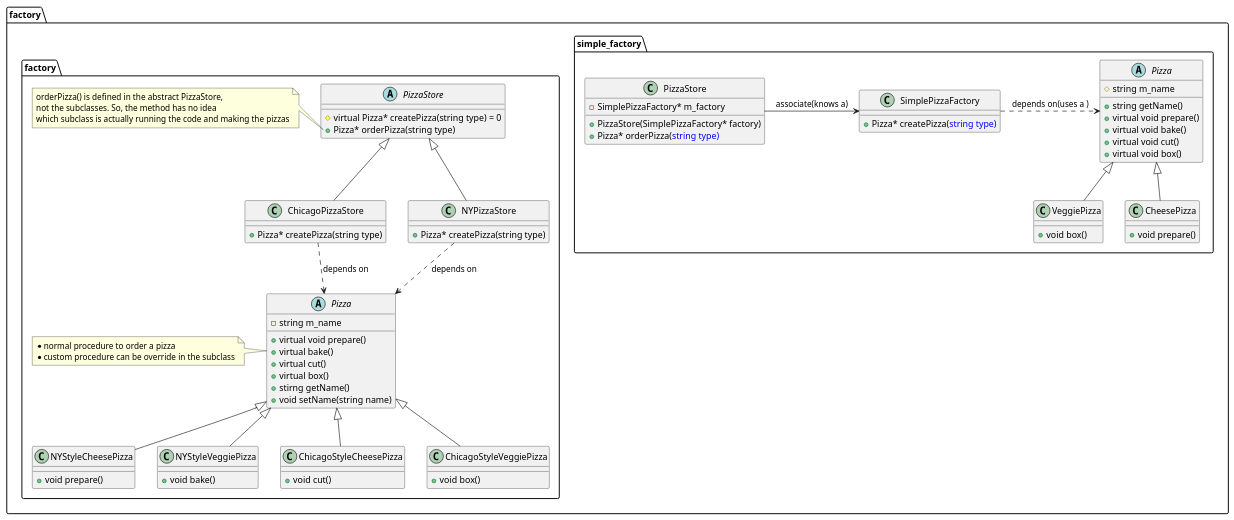
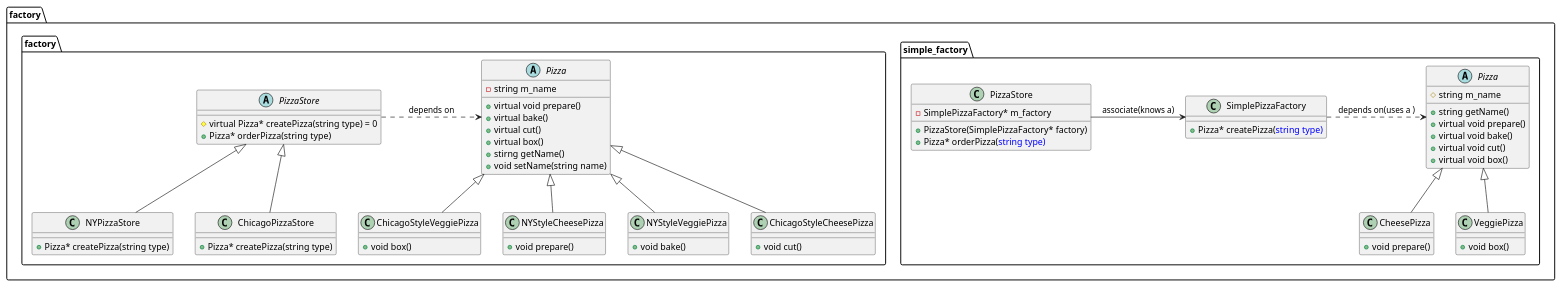
One commit to jwbecalm/Head-First-Design-Patterns-in-CPP changed the diagram in ch04_Factory/00. plantuml/Factory.plantuml. Above: the diagram before and after it, drawn with PlantUML. The commit also changed 4 other files, not shown here.

Commit message:
Factory Pattern: add comment, modify uml

```diff
--- a/ch04_Factory/00. plantuml/Factory.plantuml
+++ b/ch04_Factory/00. plantuml/Factory.plantuml
@@ -1,95 +1,99 @@
 @startuml SimpleFactory
 
 namespace factory.simple_factory{
 
 class PizzaStore{
     - SimplePizzaFactory* m_factory
     + PizzaStore(SimplePizzaFactory* factory)
     + Pizza* orderPizza(<color:blue>string type)
 }
 
 class SimplePizzaFactory{
     + Pizza* createPizza(<color:blue>string type)
 }
 
 abstract class Pizza{
     # string m_name
     + string getName()
     + virtual void prepare()
     + virtual void bake()
     + virtual void cut()
     + virtual void box()
 }
 class CheesePizza extends Pizza{
     + void prepare()
 }
 class VeggiePizza extends Pizza{
     + void box()
 }
 
 'layout
 PizzaStore -[hidden]> SimplePizzaFactory
 SimplePizzaFactory -[hidden]> Pizza
 
 PizzaStore --> SimplePizzaFactory: associate(knows a)
 SimplePizzaFactory ..> Pizza: depends on(uses a )
 ' PizzaStore --> Pizza: associate(knows a)
 ' Association: One object is aware of another; it contains a pointer or reference to another object.
 }
 
 
 namespace factory.factory{
     abstract PizzaStore{
         # virtual Pizza* createPizza(string type) = 0
         + Pizza* orderPizza(string type)
     }
-    note left of PizzaStore::orderPizza
-    orderPizza() is defined in the abstract PizzaStore, 
-    not the subclasses. So, the method has no idea 
-    which subclass is actually running the code and making the pizzas
-    end note
+    ' note left of PizzaStore::orderPizza
+    ' orderPizza() is defined in the abstract PizzaStore, 
+    ' not the subclasses. So, the method has no idea 
+    ' which subclass is actually running the code and making the pizzas
+    ' end note
 
     class NYPizzaStore extends PizzaStore{
         + Pizza* createPizza(string type)
 
     }
     class ChicagoPizzaStore extends PizzaStore{
         + Pizza* createPizza(string type)
 
     }
 
     abstract Pizza{
         -string m_name
         + virtual void prepare()
         + virtual bake()
         + virtual cut()
         + virtual box()
         + stirng getName()
         + void setName(string name)
 
     }
     abstract Pizza 
-    note left: *normal procedure to order a pizza\n*custom procedure can be override in the subclass
+    ' note left: *normal procedure to order a pizza\n*custom procedure can be override in the subclass
 
     class NYStyleCheesePizza extends Pizza{
         + void prepare()
     }
     class NYStyleVeggiePizza extends Pizza{
         + void bake()
     }
     class ChicagoStyleCheesePizza extends Pizza{
         + void cut()
     }
     class ChicagoStyleVeggiePizza extends Pizza{
         + void box()
     }
 
-    NYPizzaStore ..> Pizza: depends on
-    ChicagoPizzaStore ..> Pizza: depends on
+    ' NYPizzaStore ..> Pizza: depends on
+    ' ChicagoPizzaStore ..> Pizza: depends on
+
+    PizzaStore ..> Pizza: depends on
 
     'layout
-    Pizza -[hidden]> PizzaStore
+    PizzaStore -[hidden]> Pizza
     ChicagoStyleVeggiePizza -[hidden]> NYPizzaStore
+
+
 }
 
 @enduml
```
